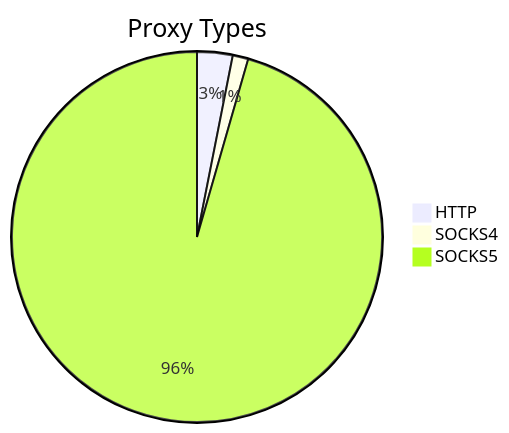
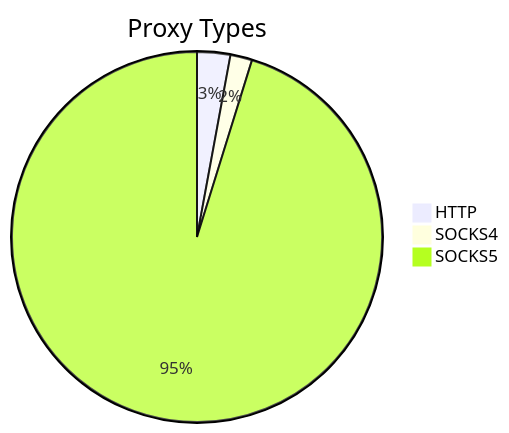
One commit to stormsia/proxy-list changed the first of 2 diagrams in README.md. Above: the diagram before and after it, drawn with Mermaid. The commit also changed other lines of this file, not shown here.

````diff
--- a/README.md
+++ b/README.md
@@ -21,6 +21,6 @@
 ```mermaid
 pie title Proxy Types
-    "HTTP" : 123
-    "SOCKS4" : 54
-    "SOCKS5" : 3792
+    "HTTP" : 128
+    "SOCKS4" : 84
+    "SOCKS5" : 4207
 ```
````
